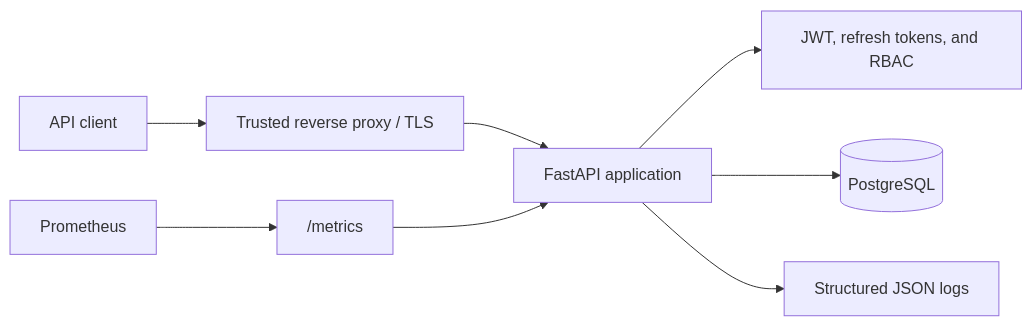
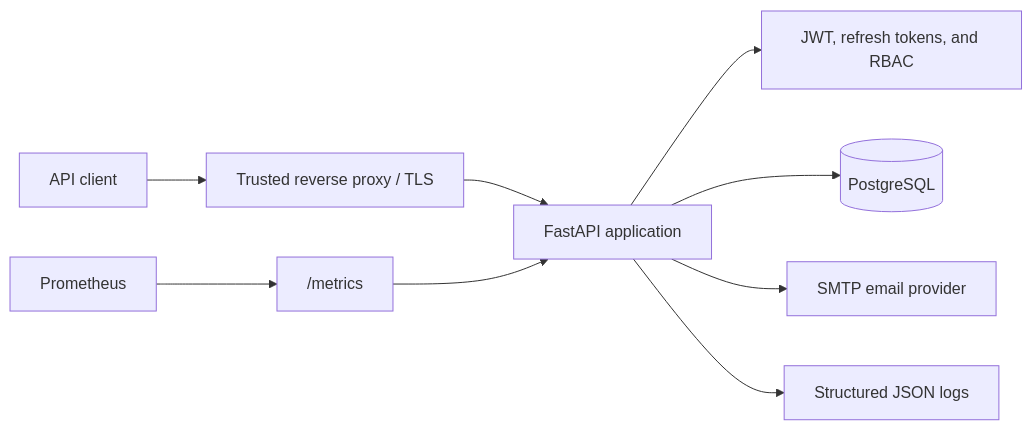
One commit to HoungDev/fastapi-production-api changed the first of 2 diagrams in ARCHITECTURE.md. Above: the diagram before and after it, drawn with Mermaid. The commit also changed other lines of this file and 26 other files, not shown here.

````diff
--- a/ARCHITECTURE.md
+++ b/ARCHITECTURE.md
@@ -9,10 +9,11 @@
 ```mermaid
 flowchart LR
     Client["API client"] --> Proxy["Trusted reverse proxy / TLS"]
     Proxy --> App["FastAPI application"]
     App --> Auth["JWT, refresh tokens, and RBAC"]
     App --> DB[("PostgreSQL")]
+    App --> SMTP["SMTP email provider"]
     App --> Logs["Structured JSON logs"]
     Prometheus["Prometheus"] --> Metrics["/metrics"]
     Metrics --> App
 ```
````
